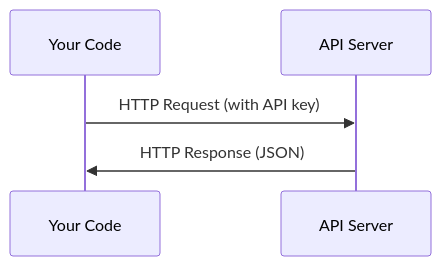
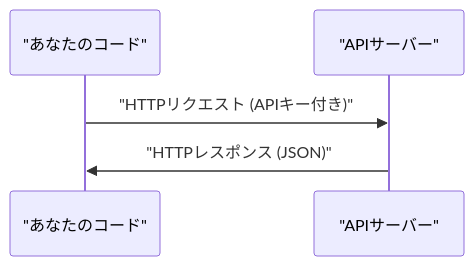
The diagram in content/phases/00-setup-and-tooling/04-apis-and-keys/lesson.ja.md (shoshoshomen/synapse-academy), drawn with Mermaid before and after one commit. The commit also changed 124 other files, not shown here.

First line of the commit message:
feat(i18n): mermaid図のラベルを日本語化(194レッスン/374図)

````diff
--- a/content/phases/00-setup-and-tooling/04-apis-and-keys/lesson.ja.md
+++ b/content/phases/00-setup-and-tooling/04-apis-and-keys/lesson.ja.md
@@ -19,7 +19,7 @@
 ```mermaid
 sequenceDiagram
-    participant C as Your Code
-    participant S as API Server
-    C->>S: HTTP Request (with API key)
-    S->>C: HTTP Response (JSON)
+    participant C as "あなたのコード"
+    participant S as "APIサーバー"
+    C->>S: "HTTPリクエスト (APIキー付き)"
+    S->>C: "HTTPレスポンス (JSON)"
 ```
````
